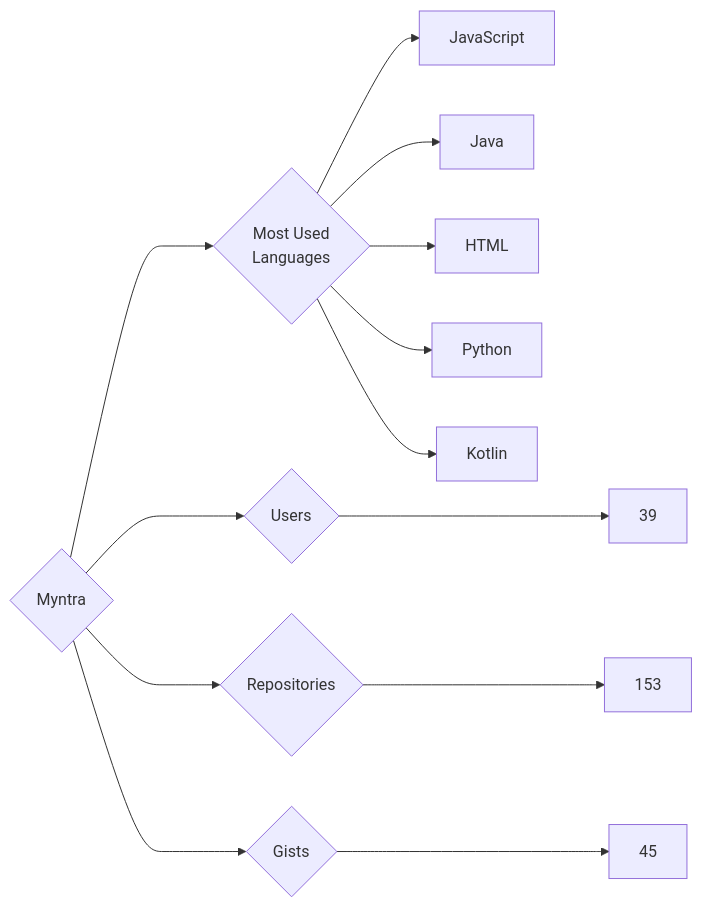
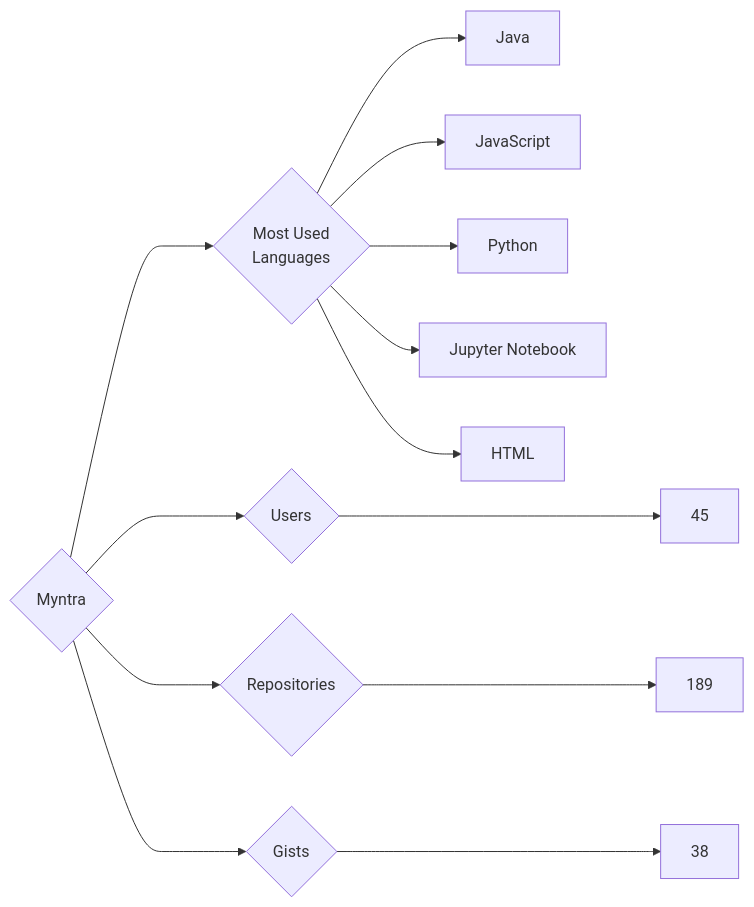
Before and after one commit to trickest/insiders: the diagram in targets/Myntra/README.md, drawn with Mermaid. The commit also changed 898 other files, not shown here.

````diff
--- a/targets/Myntra/README.md
+++ b/targets/Myntra/README.md
@@ -3,13 +3,13 @@
 ```mermaid
 graph LR
 COMPANY_NAME{Myntra}
-COMPANY_NAME ---> U{Users} ---> UN[39]
-COMPANY_NAME ---> R{Repositories} ---> RN[153]
-COMPANY_NAME ---> G{Gists} ---> GN[45]
+COMPANY_NAME ---> U{Users} ---> UN[45]
+COMPANY_NAME ---> R{Repositories} ---> RN[189]
+COMPANY_NAME ---> G{Gists} ---> GN[38]
 COMPANY_NAME ---> ML{Most Used<br>Languages}
+ML --> Java[Java]
 ML --> JavaScript[JavaScript]
-ML --> Java[Java]
+ML --> Python[Python]
+ML --> Jupyter_Notebook[Jupyter Notebook]
 ML --> HTML[HTML]
-ML --> Python[Python]
-ML --> Kotlin[Kotlin]
 ```
````
